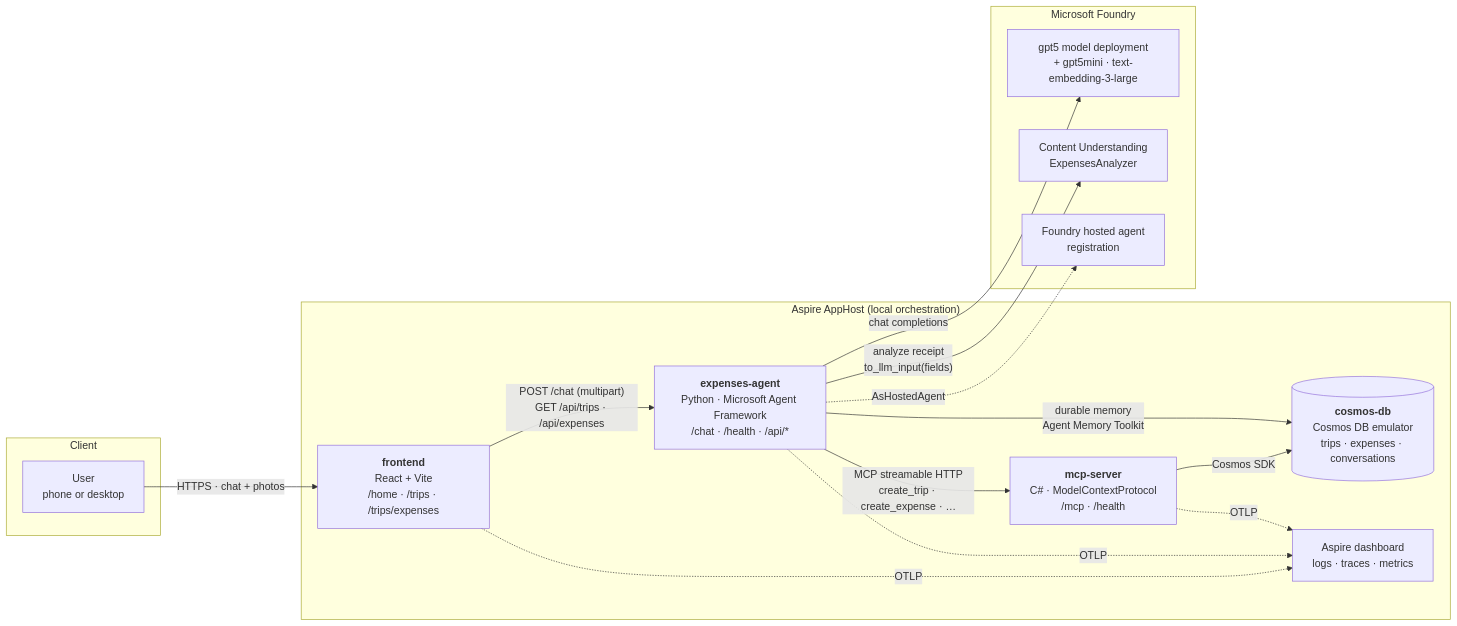
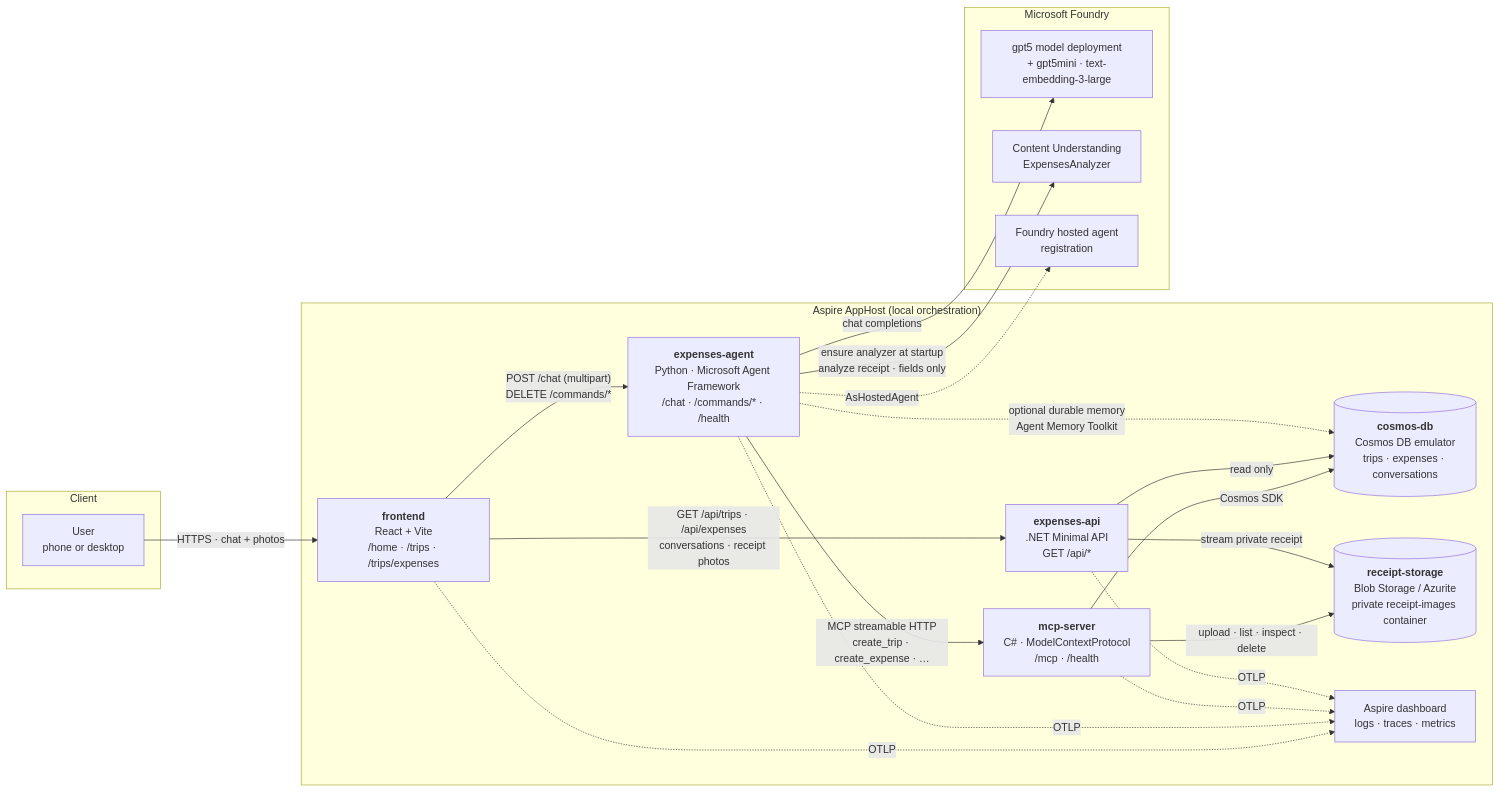
One commit to sdellalibera/expenses-tool changed the first of 2 diagrams in README.md. Above: the diagram before and after it, drawn with Mermaid. The commit also changed other lines of this file and 62 other files, not shown here.

First line of the commit message:
Persist receipt photos and separate frontend read API

````diff
--- a/README.md
+++ b/README.md
@@ -19,33 +21,40 @@
 ```mermaid
 flowchart LR
     subgraph Client
         U[User<br/>phone or desktop]
     end
 
     subgraph Aspire["Aspire AppHost (local orchestration)"]
         FE["<b>frontend</b><br/>React + Vite<br/>/home · /trips · /trips/expenses"]
-        AG["<b>expenses-agent</b><br/>Python · Microsoft Agent Framework<br/>/chat · /health · /api/*"]
+        AG["<b>expenses-agent</b><br/>Python · Microsoft Agent Framework<br/>/chat · /commands/* · /health"]
+        API["<b>expenses-api</b><br/>.NET Minimal API<br/>GET /api/*"]
         MCP["<b>mcp-server</b><br/>C# · ModelContextProtocol<br/>/mcp · /health"]
         DB[("<b>cosmos-db</b><br/>Cosmos DB emulator<br/>trips · expenses · conversations")]
+        BLOB[("<b>receipt-storage</b><br/>Blob Storage / Azurite<br/>private receipt-images container")]
         DASH["Aspire dashboard<br/>logs · traces · metrics"]
     end
 
     subgraph Azure["Microsoft Foundry"]
         MODEL["gpt5 model deployment<br/>+ gpt5mini · text-embedding-3-large"]
         CU["Content Understanding<br/>ExpensesAnalyzer"]
         HOSTED["Foundry hosted agent<br/>registration"]
     end
 
     U -- "HTTPS · chat + photos" --> FE
-    FE -- "POST /chat (multipart)<br/>GET /api/trips · /api/expenses" --> AG
+    FE -- "POST /chat (multipart)<br/>DELETE /commands/*" --> AG
+    FE -- "GET /api/trips · /api/expenses<br/>conversations · receipt photos" --> API
     AG -- "MCP streamable HTTP<br/>create_trip · create_expense · …" --> MCP
     MCP -- "Cosmos SDK" --> DB
-    AG -- "durable memory<br/>Agent Memory Toolkit" --> DB
+    MCP -- "upload · list · inspect · delete" --> BLOB
+    API -- "read only" --> DB
+    API -- "stream private receipt" --> BLOB
+    AG -. "optional durable memory<br/>Agent Memory Toolkit" .-> DB
     AG -- "chat completions" --> MODEL
-    AG -- "analyze receipt<br/>to_llm_input(fields)" --> CU
+    AG -- "ensure analyzer at startup<br/>analyze receipt · fields only" --> CU
     AG -. "AsHostedAgent" .-> HOSTED
 
     FE -. OTLP .-> DASH
     AG -. OTLP .-> DASH
     MCP -. OTLP .-> DASH
+    API -. OTLP .-> DASH
 ```
````
